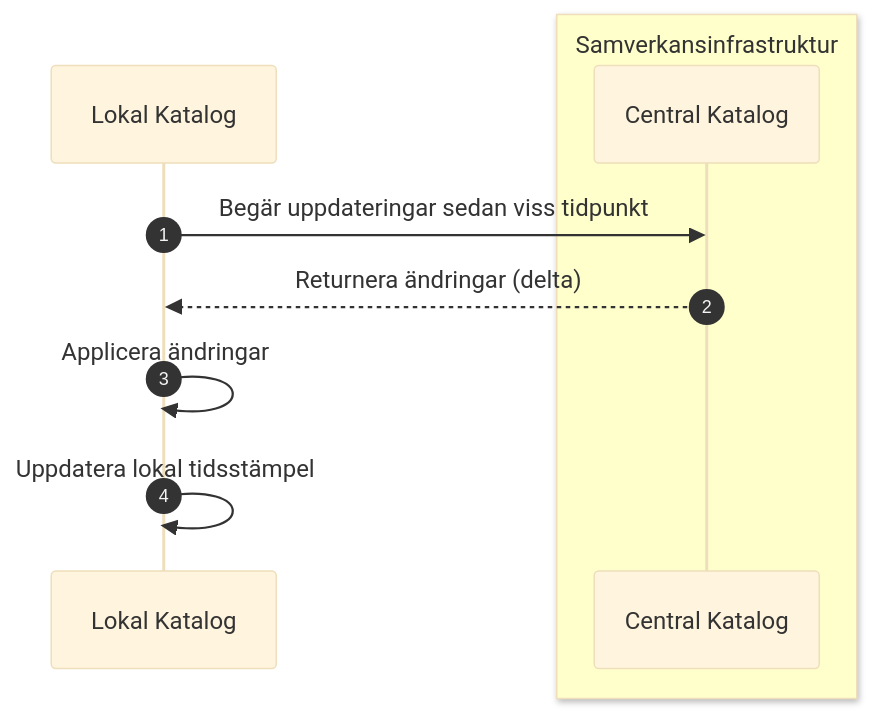
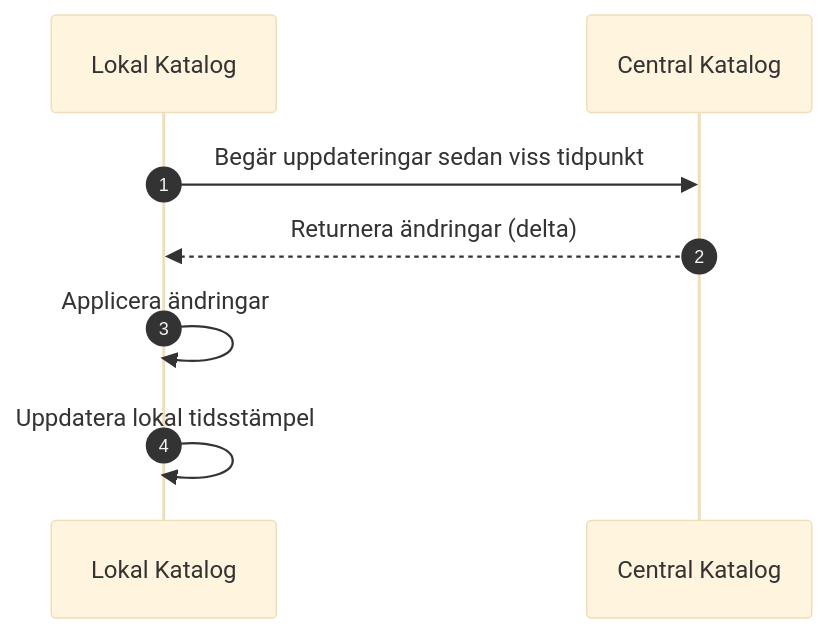
Before and after one commit to anders-malmros-inera/t2mmd: the second of 5 diagrams in T2-krav/tk-krav.md, drawn with Mermaid (base theme). The commit also changed other lines of this file, not shown here.

Commit message:
Refactor tk-krav.md: update service diagrams and terminology, replacing 'Samverkansinfrastruktur' with 'Informationsförsörjningstjänst' and adjusting participant roles

````diff
--- a/T2-krav/tk-krav.md
+++ b/T2-krav/tk-krav.md
@@ -38,12 +38,11 @@
 ```mermaid
 sequenceDiagram
     autonumber
     participant LK as Lokal Katalog
-    box  rgb(255,255,204) Samverkansinfrastruktur
-        participant CK as Central Katalog
-    end
+    participant CK as Central Katalog
+
     LK->>CK: Begär uppdateringar sedan viss tidpunkt
     CK-->>LK: Returnera ändringar (delta)
     LK->>LK: Applicera ändringar
     LK->>LK: Uppdatera lokal tidsstämpel
 ```
````
